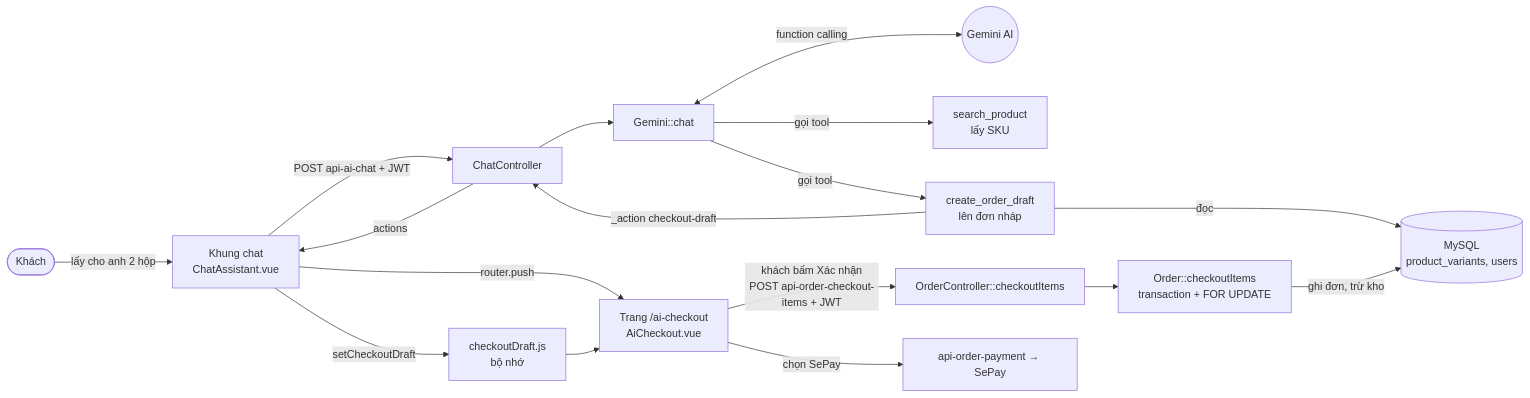
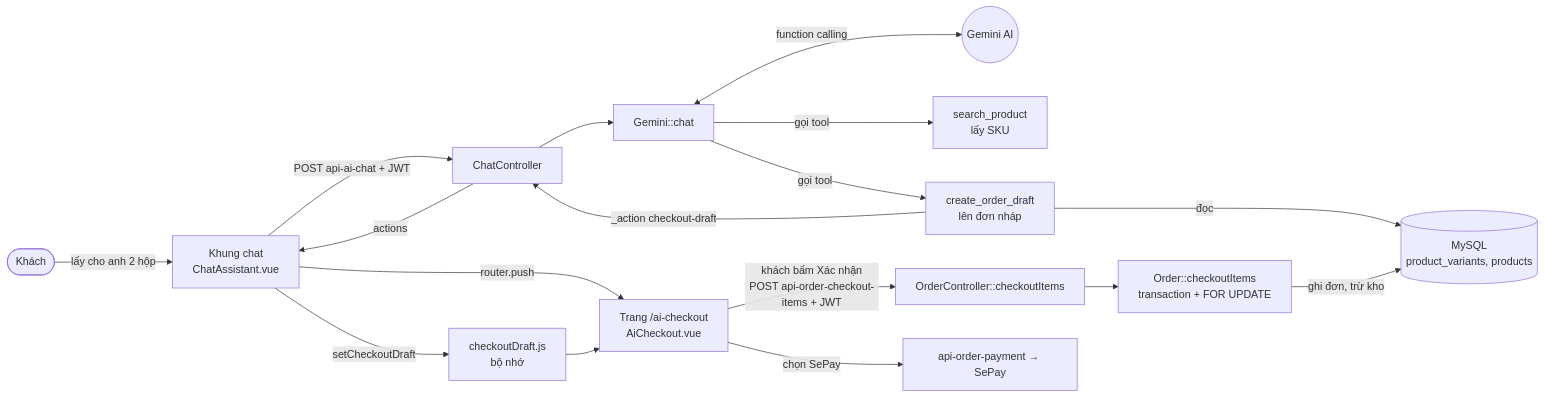
The diagram in docs/chat-ai/len-don-nhanh/README.md (zdevlongnguz-blip/du-an-1), drawn with Mermaid before and after one commit. The commit also changed other lines of this file and 14 other files, not shown here.

````diff
--- a/docs/chat-ai/len-don-nhanh/README.md
+++ b/docs/chat-ai/len-don-nhanh/README.md
@@ -32,19 +33,19 @@
 ```mermaid
 flowchart LR
     K([Khách]) -->|"lấy cho anh 2 hộp"| CHAT["Khung chat<br/>ChatAssistant.vue"]
     CHAT -->|POST api-ai-chat + JWT| CC["ChatController"]
     CC --> GM["Gemini::chat"]
     GM <-->|function calling| AI(("Gemini AI"))
     GM -->|gọi tool| T1["search_product<br/>lấy SKU"]
     GM -->|gọi tool| T2["create_order_draft<br/>lên đơn nháp"]
-    T2 -->|đọc| DB[("MySQL<br/>product_variants, users")]
+    T2 -->|đọc| DB[("MySQL<br/>product_variants, products")]
     T2 -->|_action checkout-draft| CC
     CC -->|actions| CHAT
     CHAT -->|setCheckoutDraft| STORE["checkoutDraft.js<br/>bộ nhớ"]
     CHAT -->|router.push| PAGE["Trang /ai-checkout<br/>AiCheckout.vue"]
     STORE --> PAGE
     PAGE -->|"khách bấm Xác nhận<br/>POST api-order-checkout-items + JWT"| OC["OrderController::checkoutItems"]
     OC --> OM["Order::checkoutItems<br/>transaction + FOR UPDATE"]
     OM -->|ghi đơn, trừ kho| DB
     PAGE -->|chọn SePay| PAY["api-order-payment → SePay"]
 ```
````
